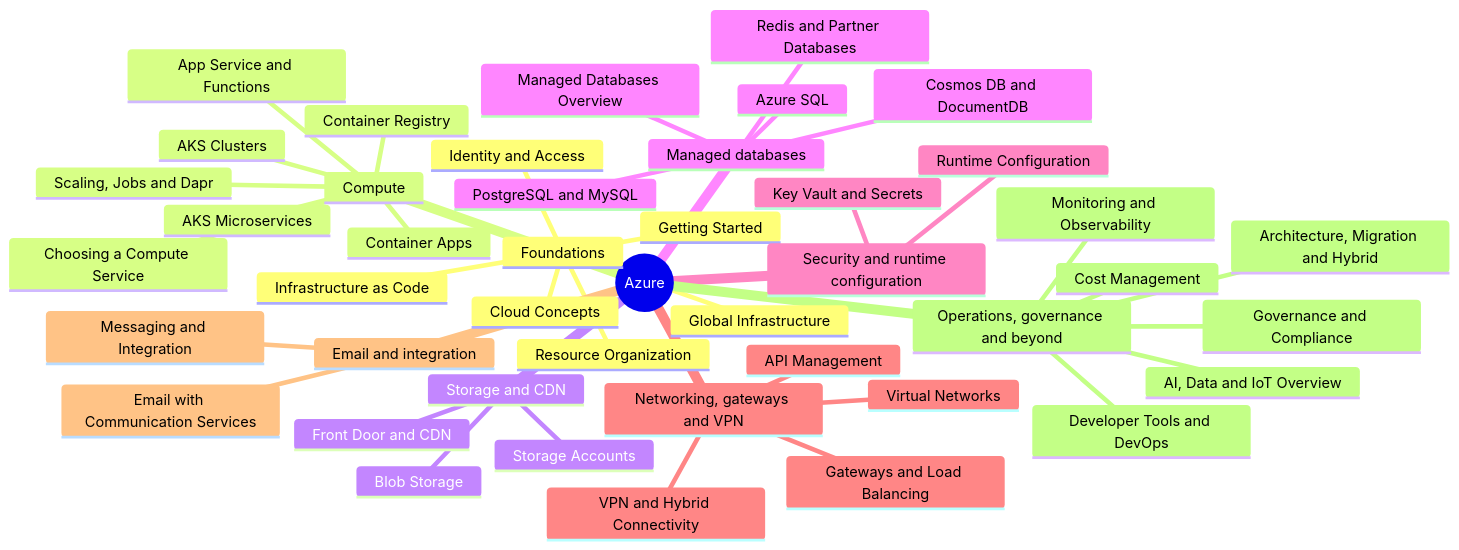
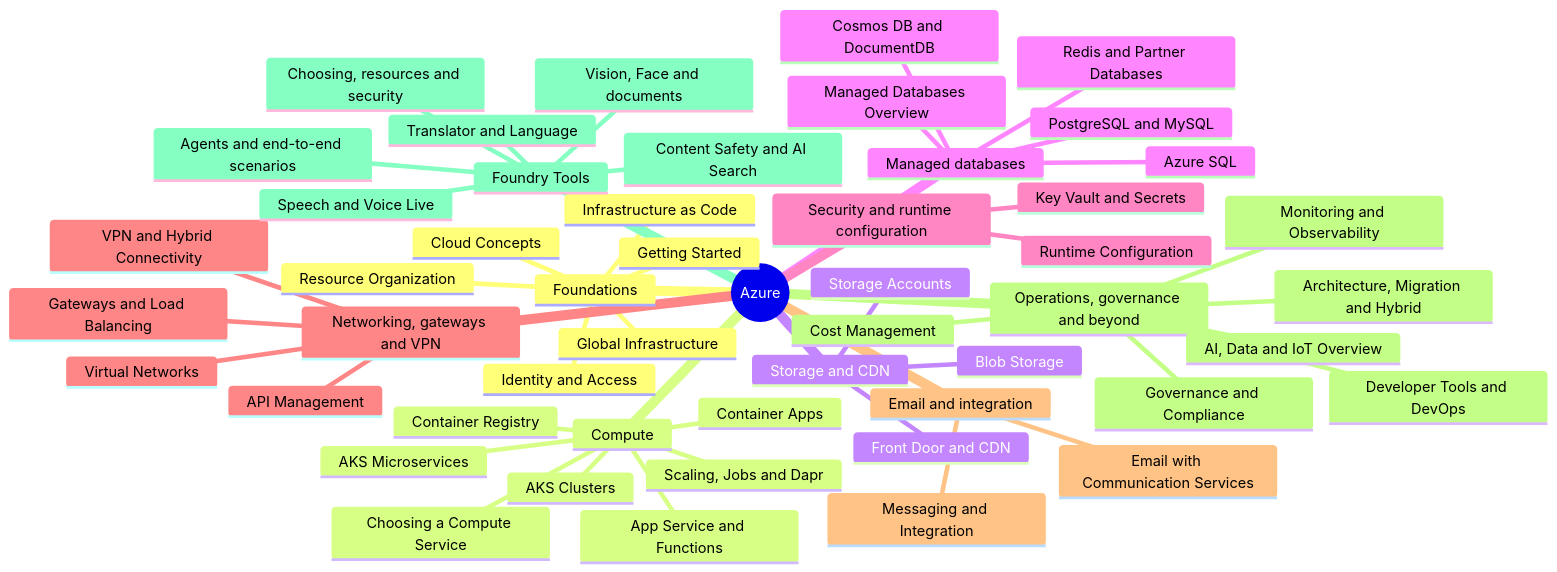
Before and after one commit to albertoirurueta/docs: the diagram in modules/ROOT/pages/cloud/azure/index.adoc, drawn with Mermaid. The commit also changed other lines of this file and 39 other files, not shown here.

First line of the commit message:
Add "Foundry Tools" sub-section under Guides & References / Cloud / Azure (#270) (#278)

```diff
--- a/modules/ROOT/pages/cloud/azure/index.adoc
+++ b/modules/ROOT/pages/cloud/azure/index.adoc
@@ -200,48 +268,55 @@
 [mermaid]
 ....
 mindmap
   root((Azure))
     Foundations
       Cloud Concepts
       Getting Started
       Global Infrastructure
       Resource Organization
       Identity and Access
       Infrastructure as Code
     Compute
       Choosing a Compute Service
       Container Registry
       Container Apps
       Scaling, Jobs and Dapr
       App Service and Functions
       AKS Clusters
       AKS Microservices
     Storage and CDN
       Storage Accounts
       Blob Storage
       Front Door and CDN
     Managed databases
       Managed Databases Overview
       Azure SQL
       PostgreSQL and MySQL
       Cosmos DB and DocumentDB
       Redis and Partner Databases
     Security and runtime configuration
       Key Vault and Secrets
       Runtime Configuration
     Networking, gateways and VPN
       Virtual Networks
       Gateways and Load Balancing
       API Management
       VPN and Hybrid Connectivity
     Email and integration
       Email with Communication Services
       Messaging and Integration
     Operations, governance and beyond
       Monitoring and Observability
       Governance and Compliance
       Cost Management
       Architecture, Migration and Hybrid
       AI, Data and IoT Overview
       Developer Tools and DevOps
+    Foundry Tools
+      Choosing, resources and security
+      Speech and Voice Live
+      Translator and Language
+      Vision, Face and documents
+      Content Safety and AI Search
+      Agents and end-to-end scenarios
 ....
```
